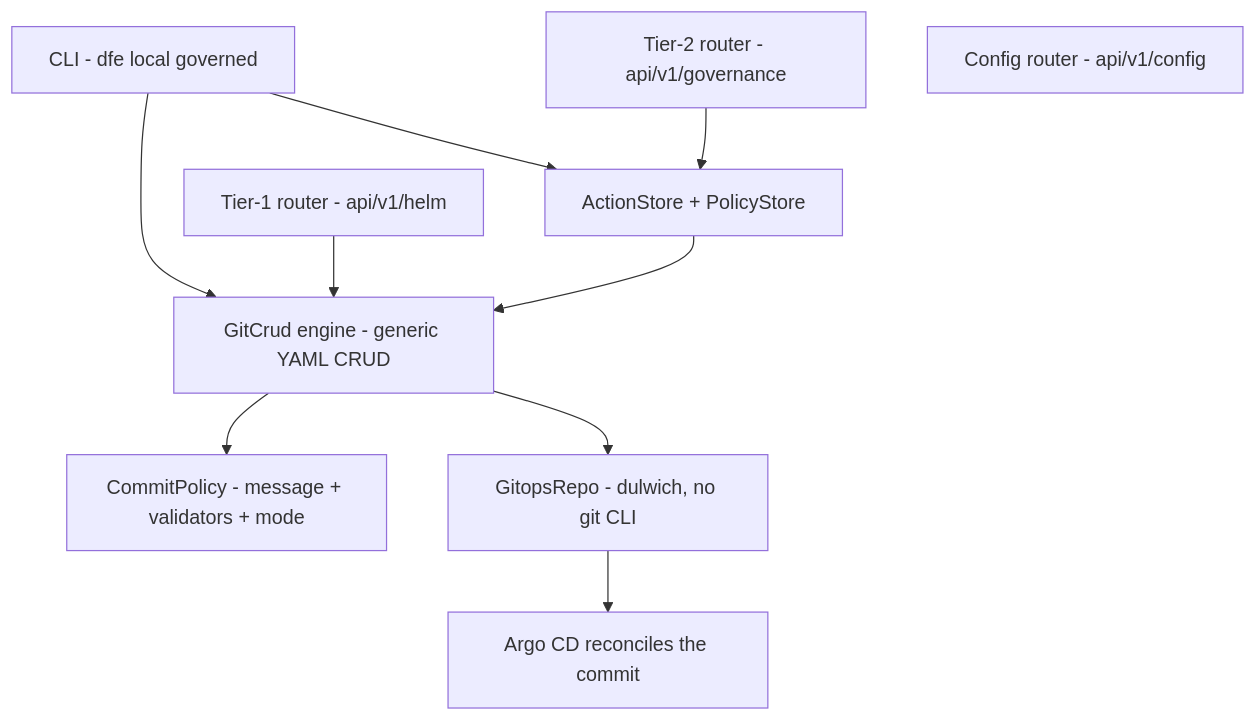
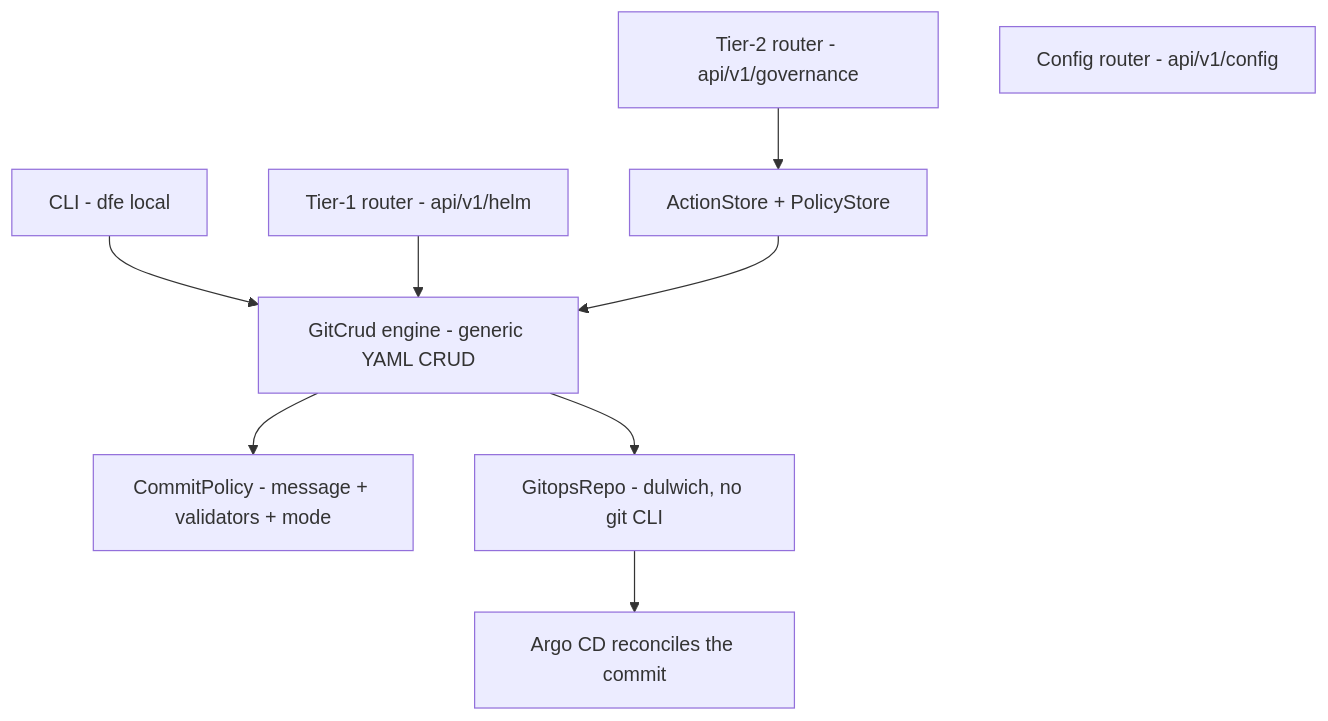
Before and after one commit to hyperi-io/dfe-engine: the first of 8 diagrams in docs/control-plane/governed-ops-design.md, drawn with Mermaid. The commit also changed other lines of this file and 50 other files, not shown here.

````diff
--- a/docs/control-plane/governed-ops-design.md
+++ b/docs/control-plane/governed-ops-design.md
@@ -22,21 +22,20 @@
 ```mermaid
 graph TD
-    CLI["CLI - dfe local governed"]
+    CLI["CLI - dfe local"]
     HelmRouter["Tier-1 router - api/v1/helm"]
     GovRouter["Tier-2 router - api/v1/governance"]
     ConfigRouter["Config router - api/v1/config"]
     Actions["ActionStore + PolicyStore"]
     GitCrud["GitCrud engine - generic YAML CRUD"]
     CommitPolicy["CommitPolicy - message + validators + mode"]
     Repo["GitopsRepo - dulwich, no git CLI"]
     Argo["Argo CD reconciles the commit"]
 
     CLI --> GitCrud
-    CLI --> Actions
     HelmRouter --> GitCrud
     GovRouter --> Actions
     Actions --> GitCrud
     GitCrud --> CommitPolicy
     GitCrud --> Repo
     Repo --> Argo
 ```
````
